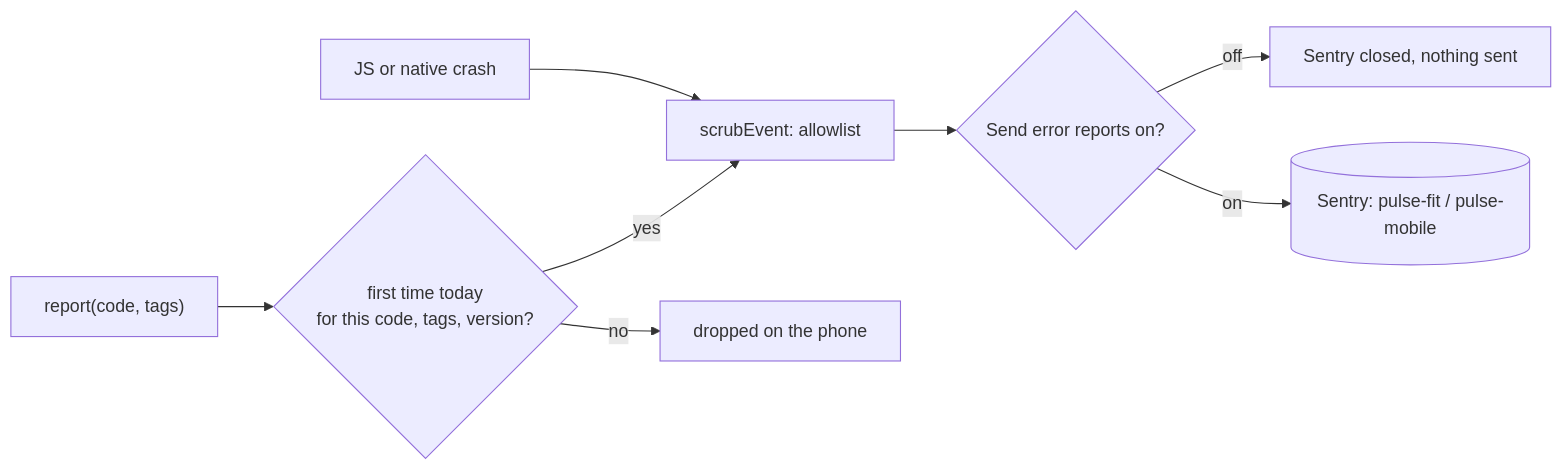
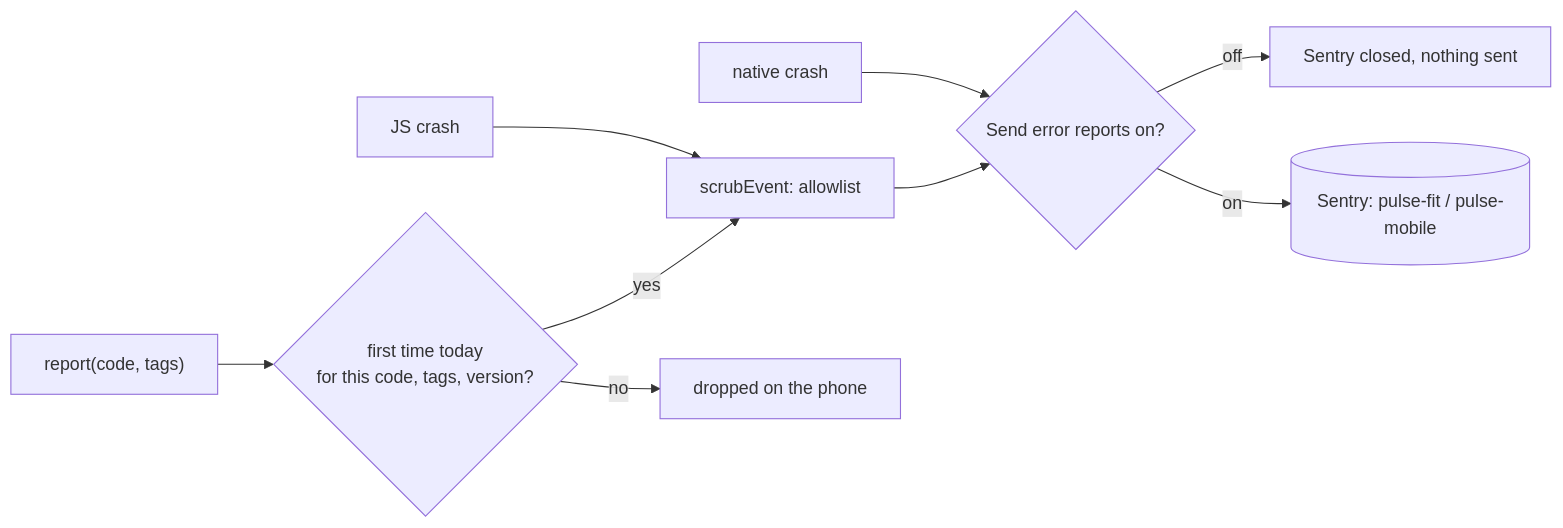
The first of 2 diagrams in docs/telemetry.md (adityaongit/pulse-mobile), drawn with Mermaid before and after one commit. The commit also changed other lines of this file and 3 other files, not shown here.

````diff
--- a/docs/telemetry.md
+++ b/docs/telemetry.md
@@ -12,10 +12,11 @@
 ```mermaid
 flowchart LR
-  Crash[JS or native crash] --> Scrub
+  Crash[JS crash] --> Scrub
+  Native[native crash] --> Switch
   Code["report(code, tags)"] --> Once{first time today<br>for this code, tags, version?}
   Once -->|yes| Scrub[scrubEvent: allowlist]
   Once -->|no| Drop[dropped on the phone]
   Switch{Send error reports on?} -->|off| Closed[Sentry closed, nothing sent]
   Scrub --> Switch
   Switch -->|on| Sentry[(Sentry: pulse-fit / pulse-mobile)]
 ```
````
